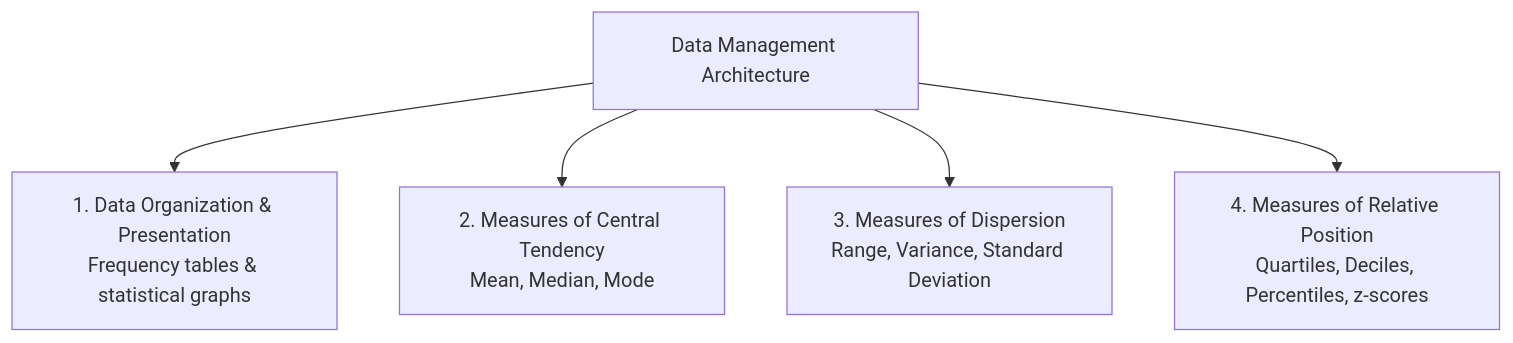
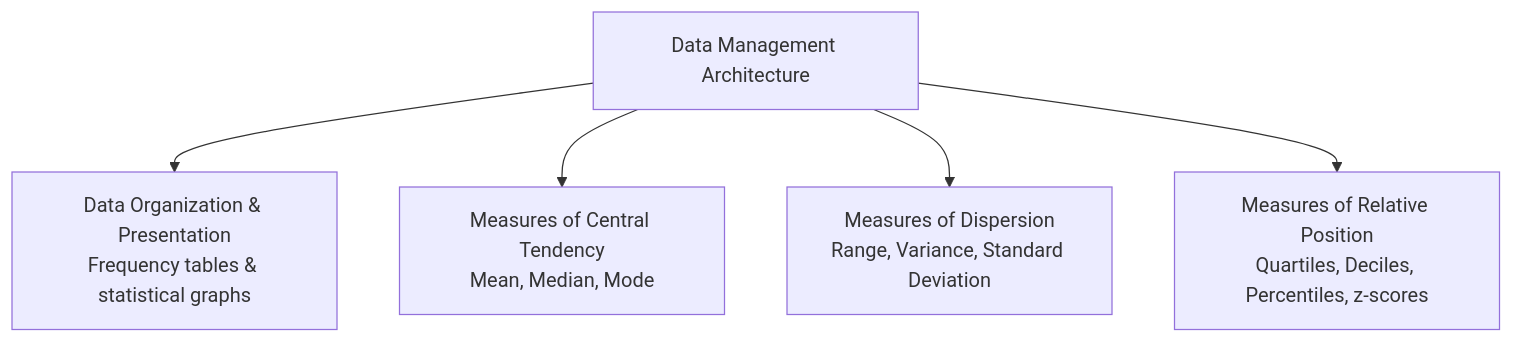
One commit to aidocmr/learn-bscs changed the first of 3 diagrams in content/Year 1/Mathematics in the Modern World/5. Data Management - Measures of Central Tendency and Dispersion.md. Above: the diagram before and after it, drawn with Mermaid. The commit also changed 20 other files, not shown here.

First line of the commit message:
fix: Remove markdown lists and numbered prefixes from all Mermaid diagrams

````diff
--- a/content/Year 1/Mathematics in the Modern World/5. Data Management - Measures of Central Tendency and Dispersion.md
+++ b/content/Year 1/Mathematics in the Modern World/5. Data Management - Measures of Central Tendency and Dispersion.md
@@ -10,7 +10,7 @@
 ```mermaid
 graph TD
-    DataMgmt["Data Management Architecture"] --> Org["1. Data Organization & Presentation<br/>Frequency tables & statistical graphs"]
-    DataMgmt --> Cent["2. Measures of Central Tendency<br/>Mean, Median, Mode"]
-    DataMgmt --> Disp["3. Measures of Dispersion<br/>Range, Variance, Standard Deviation"]
-    DataMgmt --> Rel["4. Measures of Relative Position<br/>Quartiles, Deciles, Percentiles, z-scores"]
+    DataMgmt["Data Management Architecture"] --> Org["Data Organization & Presentation<br/>Frequency tables & statistical graphs"]
+    DataMgmt --> Cent["Measures of Central Tendency<br/>Mean, Median, Mode"]
+    DataMgmt --> Disp["Measures of Dispersion<br/>Range, Variance, Standard Deviation"]
+    DataMgmt --> Rel["Measures of Relative Position<br/>Quartiles, Deciles, Percentiles, z-scores"]
 ```
````
